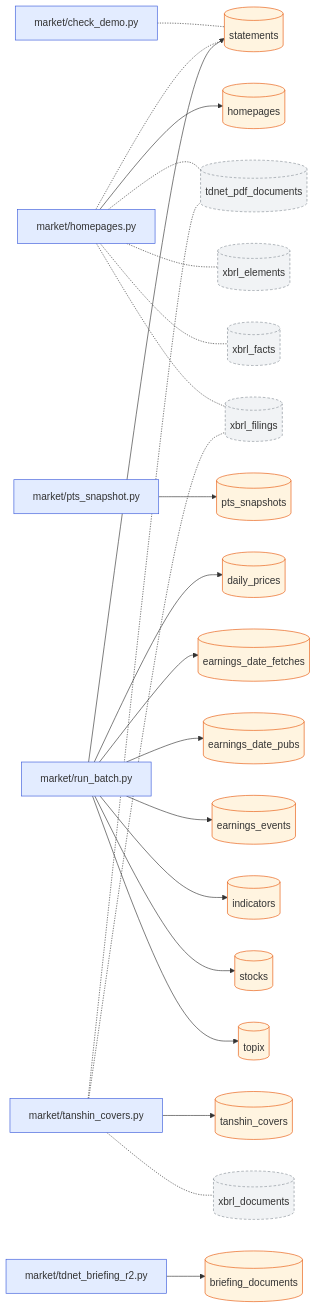
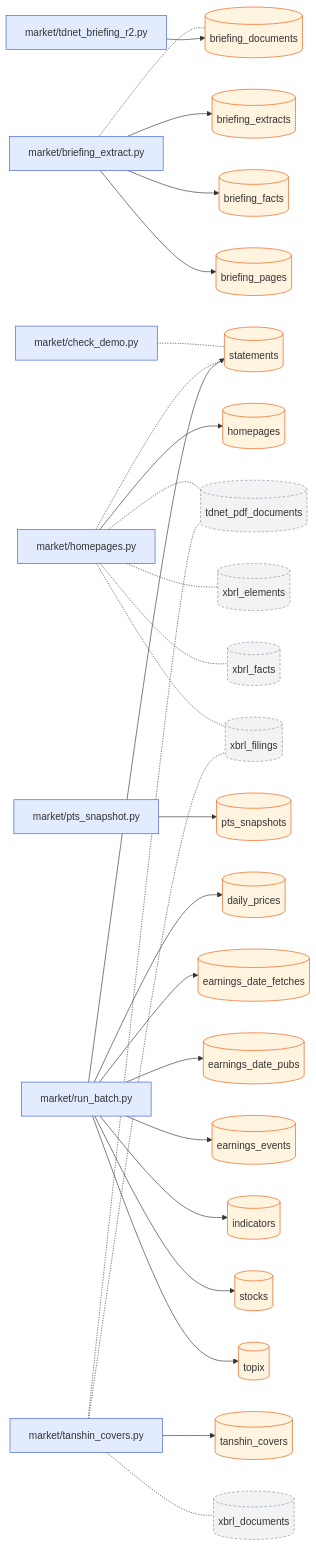
The first of 2 diagrams in docs/dataflow/market.md (pekumirui/stock-analyzer), drawn with Mermaid before and after one commit. The commit also changed other lines of this file and 14 other files, not shown here.

````diff
--- a/docs/dataflow/market.md
+++ b/docs/dataflow/market.md
@@ -9,51 +9,59 @@
 ```mermaid
 flowchart LR
-  n0["market/check_demo.py"]:::job
-  n1["market/homepages.py"]:::job
-  n2["market/pts_snapshot.py"]:::job
-  n3["market/run_batch.py"]:::job
-  n4["market/tanshin_covers.py"]:::job
-  n5["market/tdnet_briefing_r2.py"]:::job
-  n6[("briefing_documents")]:::tbl
-  n7[("daily_prices")]:::tbl
-  n8[("earnings_date_fetches")]:::tbl
-  n9[("earnings_date_pubs")]:::tbl
-  n10[("earnings_events")]:::tbl
-  n11[("homepages")]:::tbl
-  n12[("indicators")]:::tbl
-  n13[("pts_snapshots")]:::tbl
-  n14[("statements")]:::tbl
-  n15[("stocks")]:::tbl
-  n16[("tanshin_covers")]:::tbl
-  n17[("tdnet_pdf_documents")]:::ext
-  n18[("topix")]:::tbl
-  n19[("xbrl_documents")]:::ext
-  n20[("xbrl_elements")]:::ext
-  n21[("xbrl_facts")]:::ext
-  n22[("xbrl_filings")]:::ext
-  n0 -.- n14
-  n1 --> n11
-  n1 -.- n14
-  n1 -.- n17
-  n1 -.- n20
-  n1 -.- n21
-  n1 -.- n22
-  n2 --> n13
-  n3 --> n7
-  n3 --> n8
-  n3 --> n9
-  n3 --> n10
-  n3 --> n12
-  n3 --> n14
-  n3 --> n15
-  n3 --> n18
+  n0["market/briefing_extract.py"]:::job
+  n1["market/check_demo.py"]:::job
+  n2["market/homepages.py"]:::job
+  n3["market/pts_snapshot.py"]:::job
+  n4["market/run_batch.py"]:::job
+  n5["market/tanshin_covers.py"]:::job
+  n6["market/tdnet_briefing_r2.py"]:::job
+  n7[("briefing_documents")]:::tbl
+  n8[("briefing_extracts")]:::tbl
+  n9[("briefing_facts")]:::tbl
+  n10[("briefing_pages")]:::tbl
+  n11[("daily_prices")]:::tbl
+  n12[("earnings_date_fetches")]:::tbl
+  n13[("earnings_date_pubs")]:::tbl
+  n14[("earnings_events")]:::tbl
+  n15[("homepages")]:::tbl
+  n16[("indicators")]:::tbl
+  n17[("pts_snapshots")]:::tbl
+  n18[("statements")]:::tbl
+  n19[("stocks")]:::tbl
+  n20[("tanshin_covers")]:::tbl
+  n21[("tdnet_pdf_documents")]:::ext
+  n22[("topix")]:::tbl
+  n23[("xbrl_documents")]:::ext
+  n24[("xbrl_elements")]:::ext
+  n25[("xbrl_facts")]:::ext
+  n26[("xbrl_filings")]:::ext
+  n0 -.- n7
+  n0 --> n8
+  n0 --> n9
+  n0 --> n10
+  n1 -.- n18
+  n2 --> n15
+  n2 -.- n18
+  n2 -.- n21
+  n2 -.- n24
+  n2 -.- n25
+  n2 -.- n26
+  n3 --> n17
+  n4 --> n11
+  n4 --> n12
+  n4 --> n13
+  n4 --> n14
   n4 --> n16
-  n4 -.- n17
-  n4 -.- n19
-  n4 -.- n22
-  n5 --> n6
+  n4 --> n18
+  n4 --> n19
+  n4 --> n22
+  n5 --> n20
+  n5 -.- n21
+  n5 -.- n23
+  n5 -.- n26
+  n6 --> n7
   classDef job fill:#e3ecff,stroke:#3b5bdb
   classDef api fill:#e6f7ec,stroke:#2b8a3e
   classDef tbl fill:#fff4e0,stroke:#e8590c
   classDef ext fill:#f1f3f5,stroke:#868e96,stroke-dasharray:4 3
 ```
````
